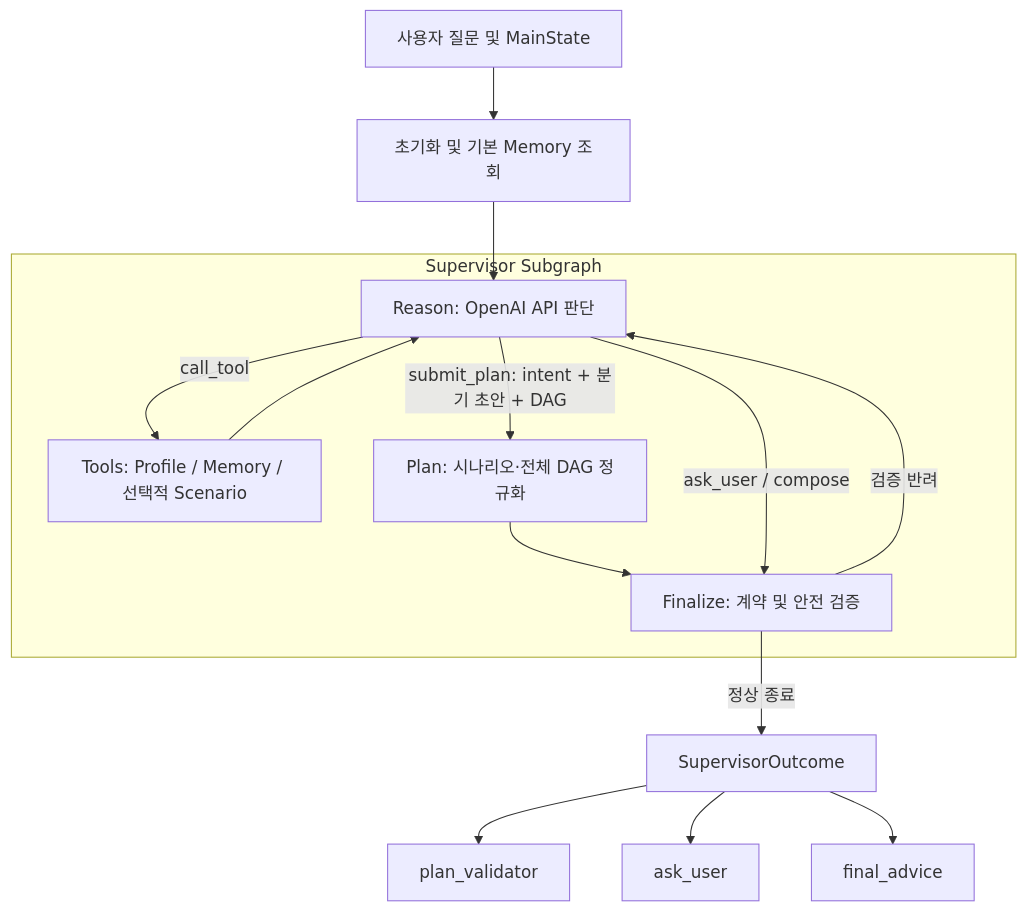
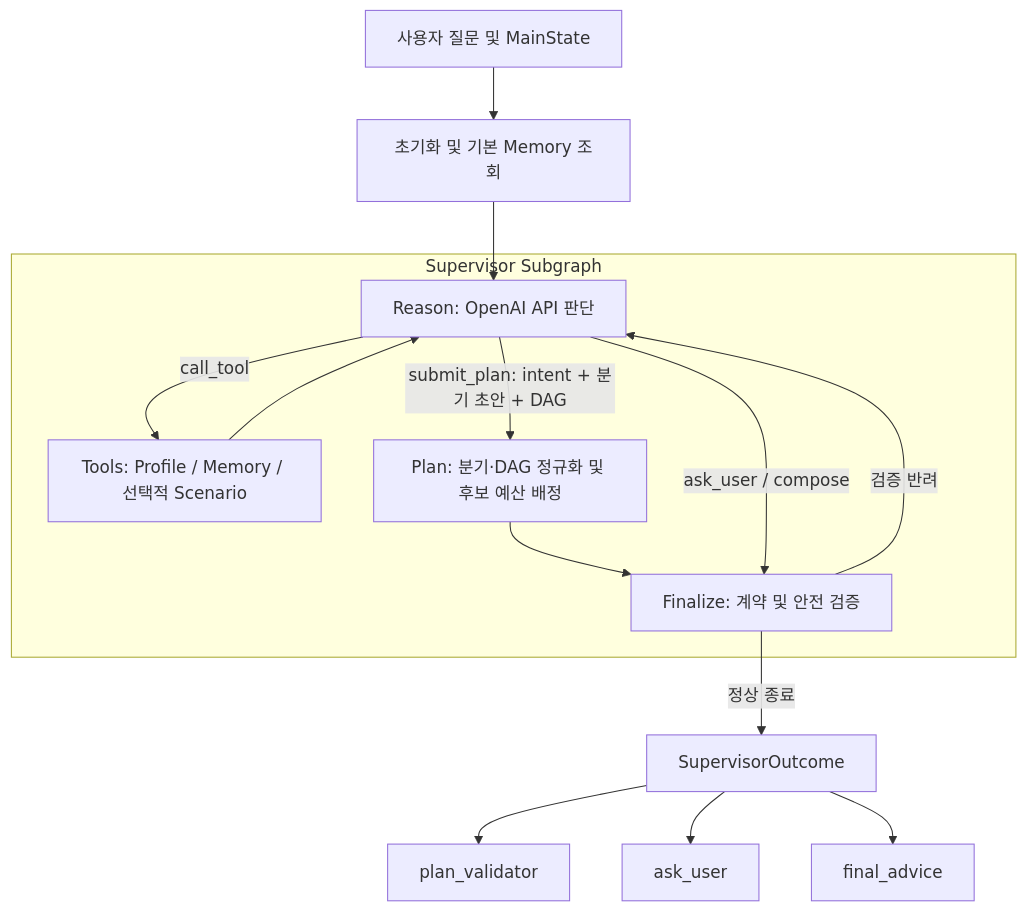
One commit to encore-ai-campus/mle-01-final-team1 changed the first of 4 diagrams in docs/Supervisor_Developer_Guide.md. Above: the diagram before and after it, drawn with Mermaid. The commit also changed other lines of this file and 19 other files, not shown here.

````diff
--- a/docs/Supervisor_Developer_Guide.md
+++ b/docs/Supervisor_Developer_Guide.md
@@ -35,17 +35,17 @@
 ```mermaid
 flowchart TD
     A[사용자 질문 및 MainState] --> I[초기화 및 기본 Memory 조회]
     I --> R[Reason: OpenAI API 판단]
     subgraph S[Supervisor Subgraph]
         R -->|call_tool| T[Tools: Profile / Memory / 선택적 Scenario]
         T --> R
-        R -->|submit_plan: intent + 분기 초안 + DAG| P[Plan: 시나리오·전체 DAG 정규화]
+        R -->|submit_plan: intent + 분기 초안 + DAG| P[Plan: 분기·DAG 정규화 및 후보 예산 배정]
         P --> F[Finalize: 계약 및 안전 검증]
         R -->|ask_user / compose| F
         F -->|검증 반려| R
     end
     F -->|정상 종료| O[SupervisorOutcome]
     O --> V[plan_validator]
     O --> Q[ask_user]
     O --> C[final_advice]
 ```
````
